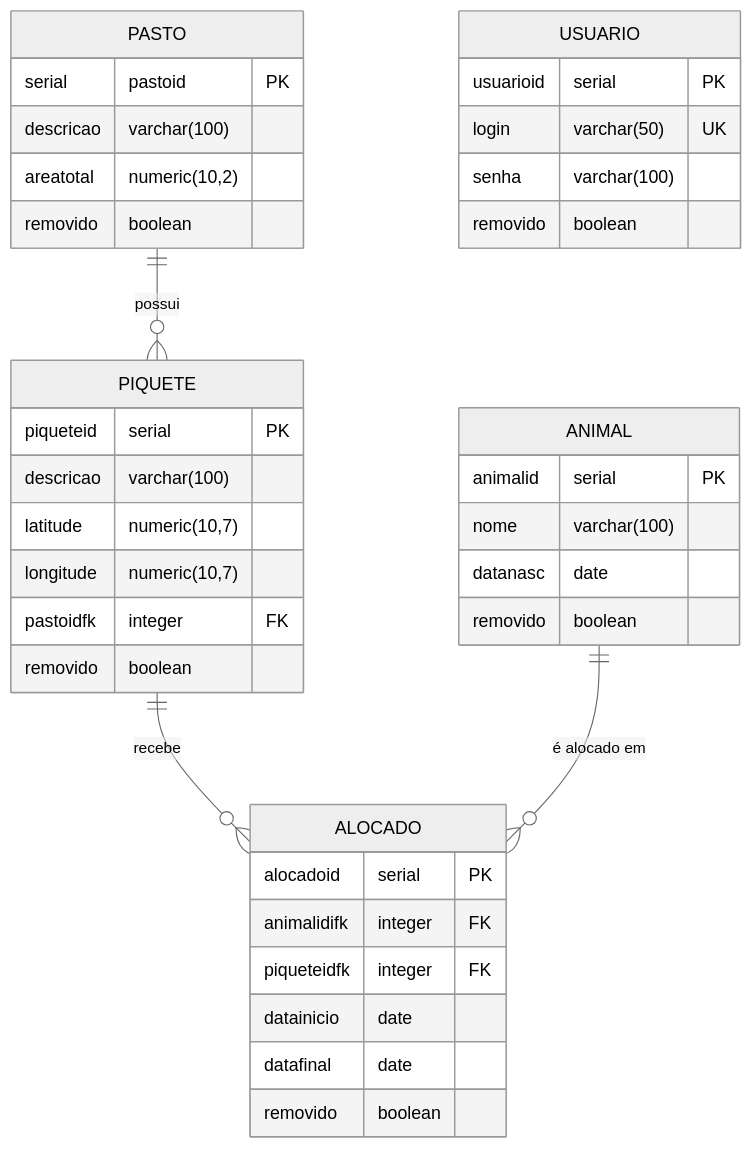
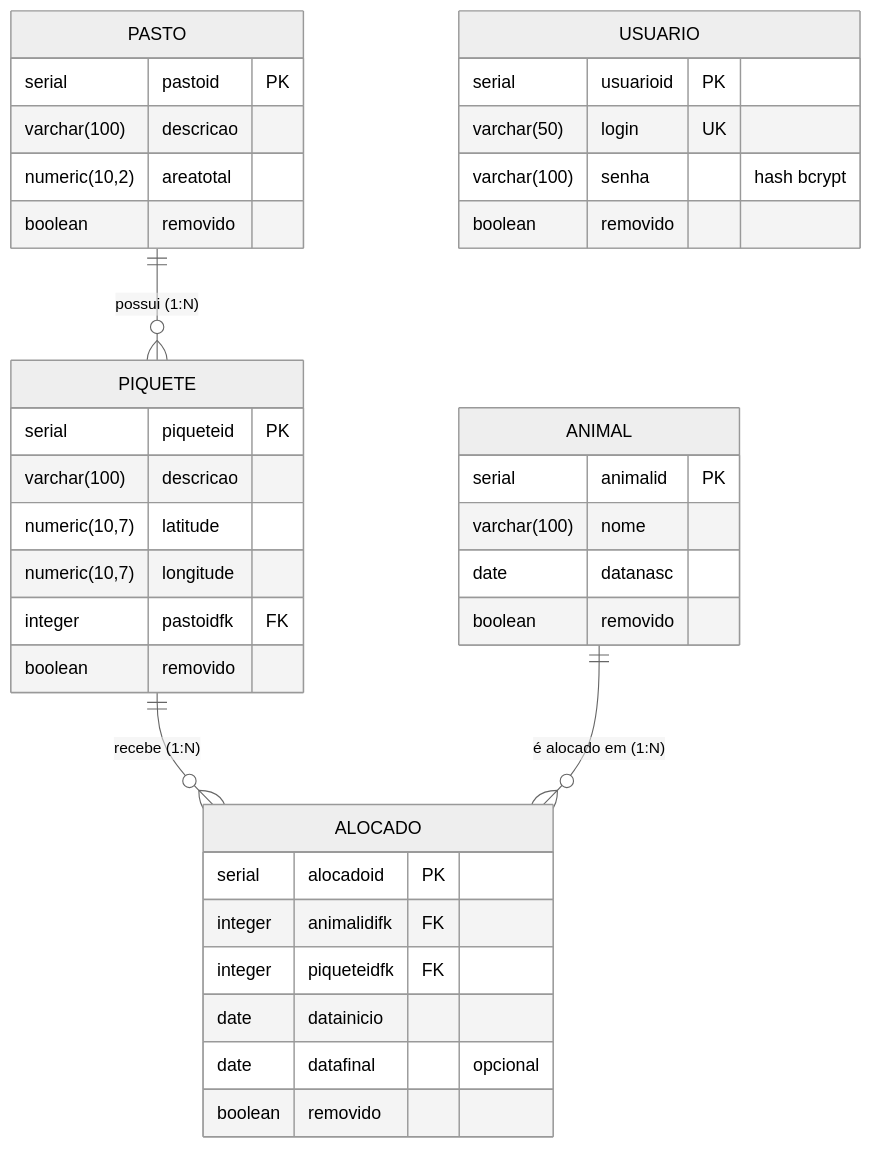
One commit to Ujs74wiop6/rota-rota-jequiti changed the diagram in README.md. Above: the diagram before and after it, drawn with Mermaid (neutral theme). The commit also changed other lines of this file and 3 other files, not shown here.

````diff
--- a/README.md
+++ b/README.md
@@ -27,45 +29,45 @@
 ```mermaid
 erDiagram
-    PASTO ||--o{ PIQUETE : possui
-    PIQUETE ||--o{ ALOCADO : recebe
-    ANIMAL ||--o{ ALOCADO : "é alocado em"
+    PASTO ||--o{ PIQUETE : "possui (1:N)"
+    PIQUETE ||--o{ ALOCADO : "recebe (1:N)"
+    ANIMAL ||--o{ ALOCADO : "é alocado em (1:N)"
 
     USUARIO {
-        usuarioid serial PK
-        login varchar(50) UK
-        senha varchar(100)
-        removido boolean
+        serial usuarioid PK
+        varchar(50) login UK
+        varchar(100) senha "hash bcrypt"
+        boolean removido
     }
 
     PASTO {
         serial pastoid PK
-        descricao varchar(100)
-        areatotal numeric(10,2)
-        removido boolean
+        varchar(100) descricao
+        numeric(10,2) areatotal
+        boolean removido
     }
 
     PIQUETE {
-        piqueteid serial PK
-        descricao varchar(100)
-        latitude numeric(10,7)
-        longitude numeric(10,7)
-        pastoidfk integer FK
-        removido boolean
+        serial piqueteid PK
+        varchar(100) descricao
+        numeric(10,7) latitude
+        numeric(10,7) longitude
+        integer pastoidfk FK
+        boolean removido
     }
 
     ANIMAL {
-        animalid serial PK
-        nome varchar(100)
-        datanasc date
-        removido boolean
+        serial animalid PK
+        varchar(100) nome
+        date datanasc
+        boolean removido
     }
 
     ALOCADO {
-        alocadoid serial PK
-        animalidifk integer FK
-        piqueteidfk integer FK
-        datainicio date
-        datafinal date
-        removido boolean
+        serial alocadoid PK
+        integer animalidifk FK
+        integer piqueteidfk FK
+        date datainicio
+        date datafinal "opcional"
+        boolean removido
     }
 ```
````
